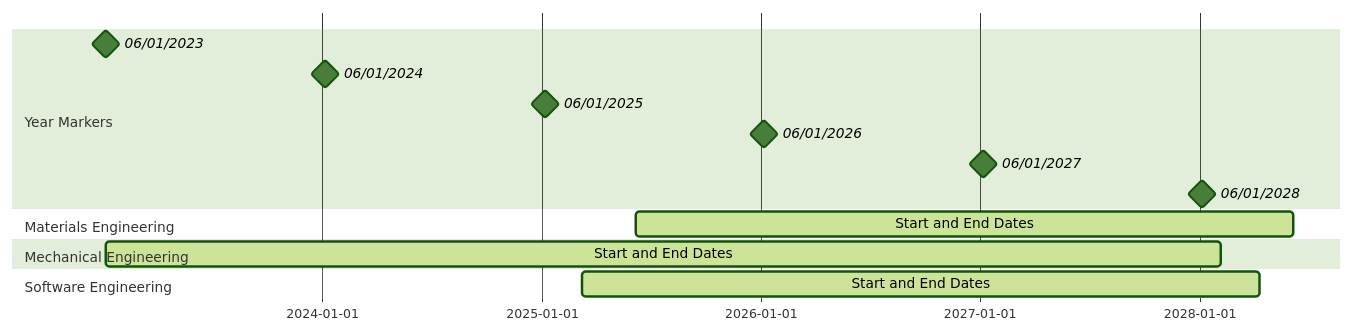
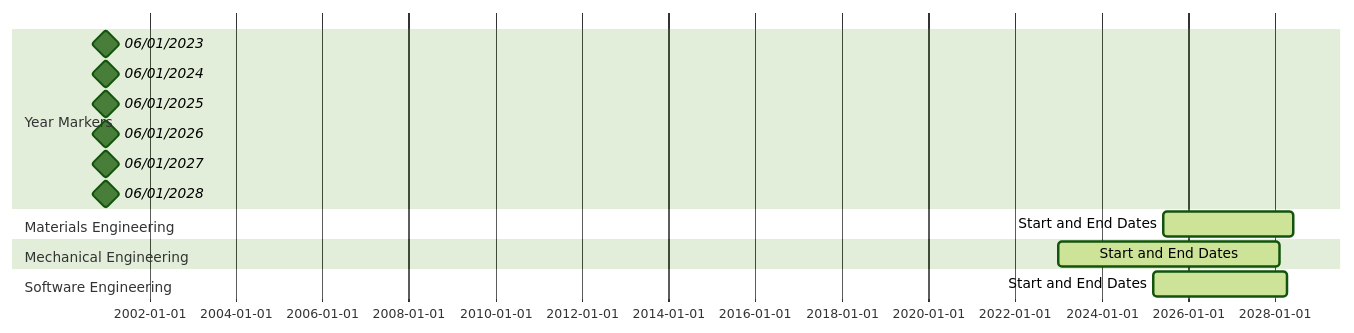
The first of 3 diagrams in README.md (delblerferreira/delblerferreira), drawn with Mermaid (forest theme) before and after one commit.

````diff
--- a/README.md
+++ b/README.md
@@ -31,21 +31,21 @@
 ```mermaid
 gantt
     dateFormat  YYYY-MM-DD
 
     section Year Markers
-    06/01/2023                 :milestone, ym2023, 2023-01-06, 1d
-    06/01/2024                 :milestone, ym2024, 2024-01-06, 1d
-    06/01/2025                 :milestone, ym2025, 2025-01-06, 1d
-    06/01/2026                 :milestone, ym2026, 2026-01-06, 1d
-    06/01/2027                 :milestone, ym2027, 2027-01-06, 1d
-    06/01/2028                 :milestone, ym2028, 2028-01-06, 1d
+    06/01/2023                 :milestone, ym2023, yaer 1, 1d
+    06/01/2024                 :milestone, ym2024, yaer 1, 1d
+    06/01/2025                 :milestone, ym2025, yaer 1, 1d
+    06/01/2026                 :milestone, ym2026, yaer 1, 1d
+    06/01/2027                 :milestone, ym2027, yaer 1, 1d
+    06/01/2028                 :milestone, ym2028, yaer 1, 1d
 
     section Materials Engineering
     Start and End Dates        :active, materials, 2025-06-06, 2028-06-06
 
     section Mechanical Engineering
     Start and End Dates        :active, mechanical, 2023-01-06, 2028-02-06
 
     section Software Engineering
     Start and End Dates        :active, software, 2025-03-10, 2028-04-10
 ```
````
